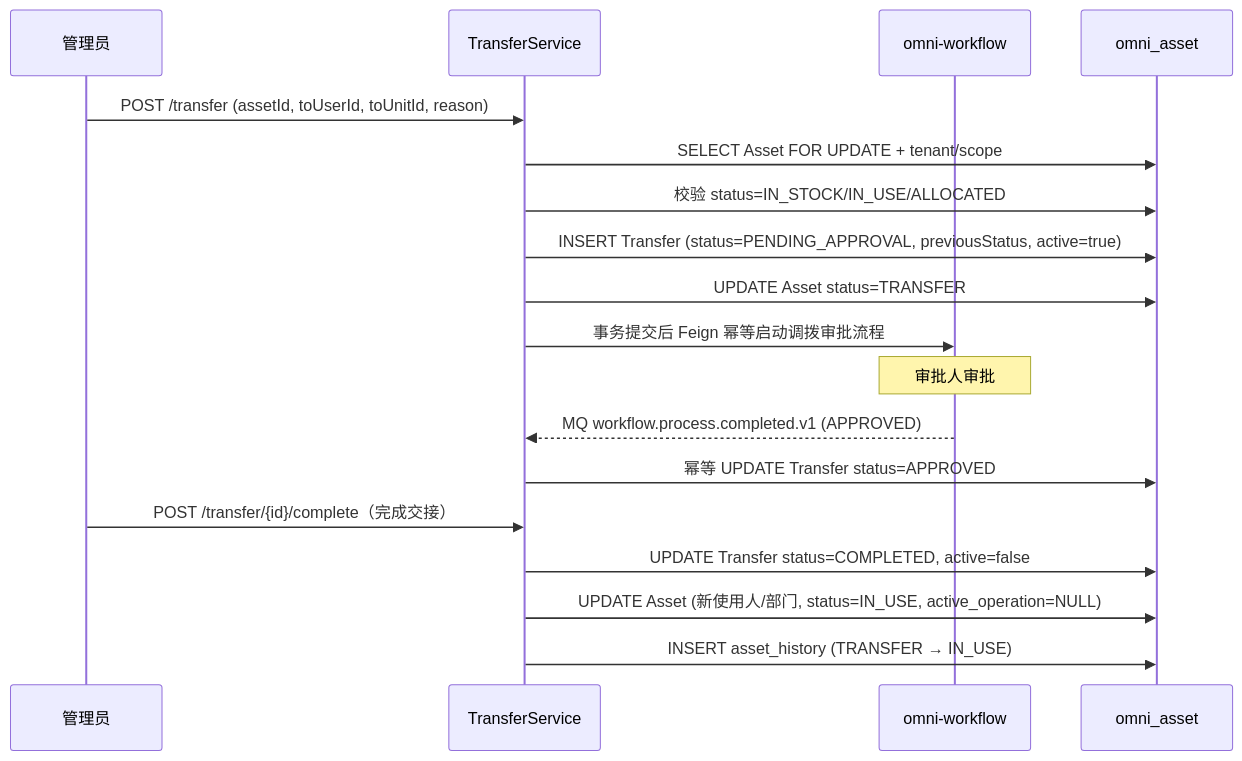
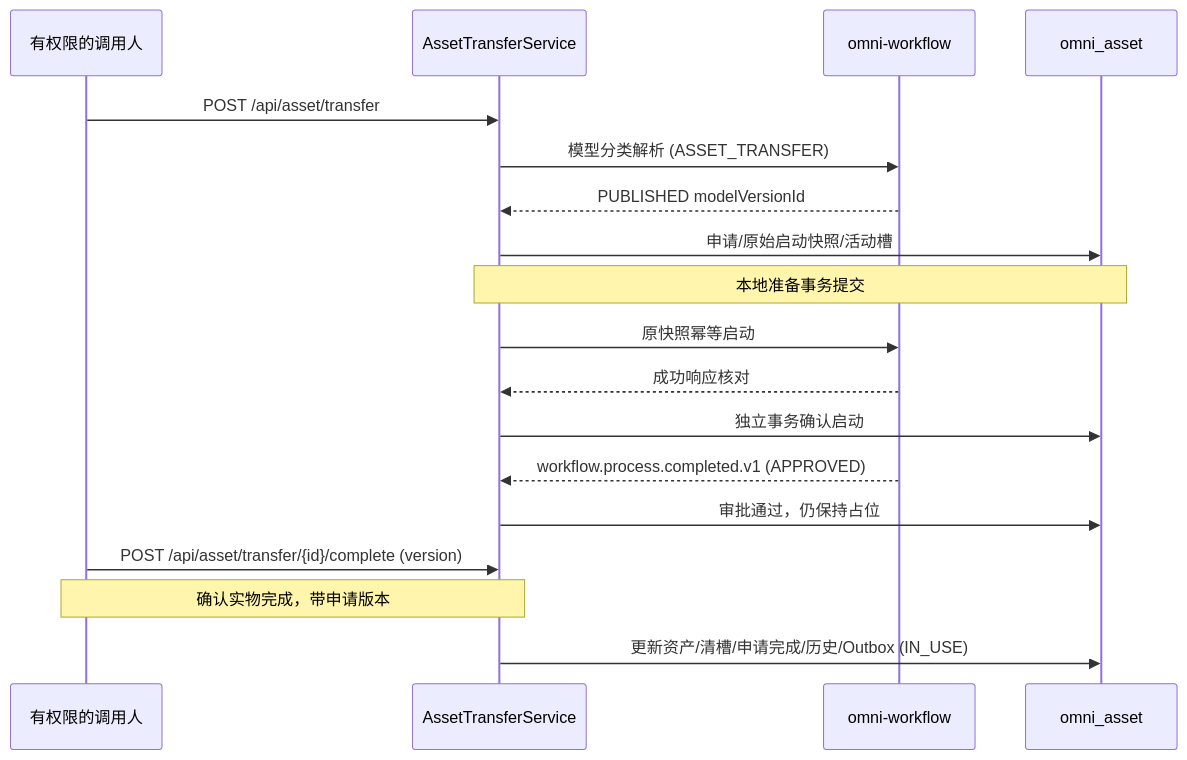
The fifth of 6 diagrams in docs/design/asset-design.md (wang-baohai/Omni-Stack), drawn with Mermaid before and after one commit. The commit also changed other lines of this file and 1095 other files, not shown here.

````diff
--- a/docs/design/asset-design.md
+++ b/docs/design/asset-design.md
@@ -262,23 +252,20 @@
 ```mermaid
 sequenceDiagram
-    participant M as 管理员
-    participant S as TransferService
+    participant M as 有权限的调用人
+    participant S as AssetTransferService
     participant WF as omni-workflow
     participant DB as omni_asset
-
-    M->>S: POST /transfer (assetId, toUserId, toUnitId, reason)
-    S->>DB: SELECT Asset FOR UPDATE + tenant/scope
-    S->>DB: 校验 status=IN_STOCK/IN_USE/ALLOCATED
-    S->>DB: INSERT Transfer (status=PENDING_APPROVAL, previousStatus, active=true)
-    S->>DB: UPDATE Asset status=TRANSFER
-    S->>WF: 事务提交后 Feign 幂等启动调拨审批流程
-
-    Note over WF: 审批人审批
-
-    WF-->>S: MQ workflow.process.completed.v1 (APPROVED)
-    S->>DB: 幂等 UPDATE Transfer status=APPROVED
-    M->>S: POST /transfer/{id}/complete（完成交接）
-    S->>DB: UPDATE Transfer status=COMPLETED, active=false
-    S->>DB: UPDATE Asset (新使用人/部门, status=IN_USE, active_operation=NULL)
-    S->>DB: INSERT asset_history (TRANSFER → IN_USE)
+    M->>S: POST /api/asset/transfer
+    S->>WF: 模型分类解析 (ASSET_TRANSFER)
+    WF-->>S: PUBLISHED modelVersionId
+    S->>DB: 申请/原始启动快照/活动槽
+    Note over S,DB: 本地准备事务提交
+    S->>WF: 原快照幂等启动
+    WF-->>S: 成功响应核对
+    S->>DB: 独立事务确认启动
+    WF-->>S: workflow.process.completed.v1 (APPROVED)
+    S->>DB: 审批通过，仍保持占位
+    M->>S: POST /api/asset/transfer/{id}/complete (version)
+    Note over M,S: 确认实物完成，带申请版本
+    S->>DB: 更新资产/清槽/申请完成/历史/Outbox (IN_USE)
 ```
````
